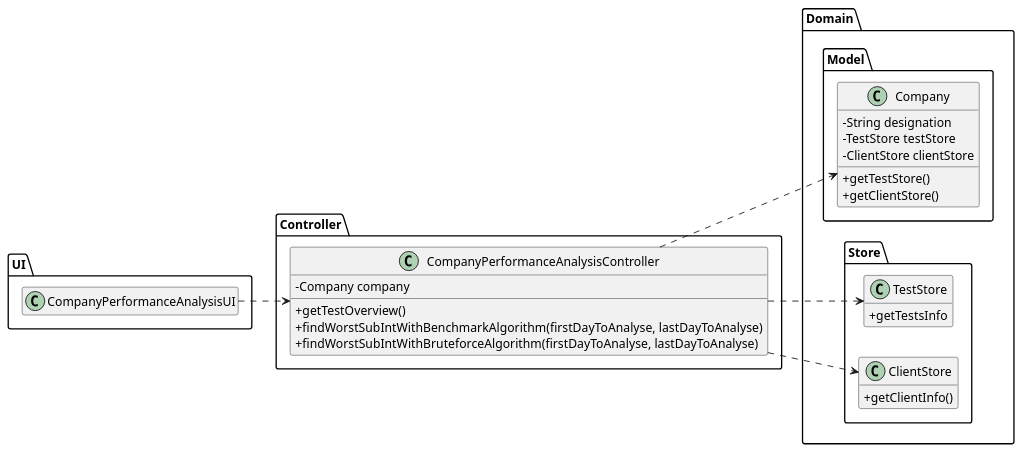
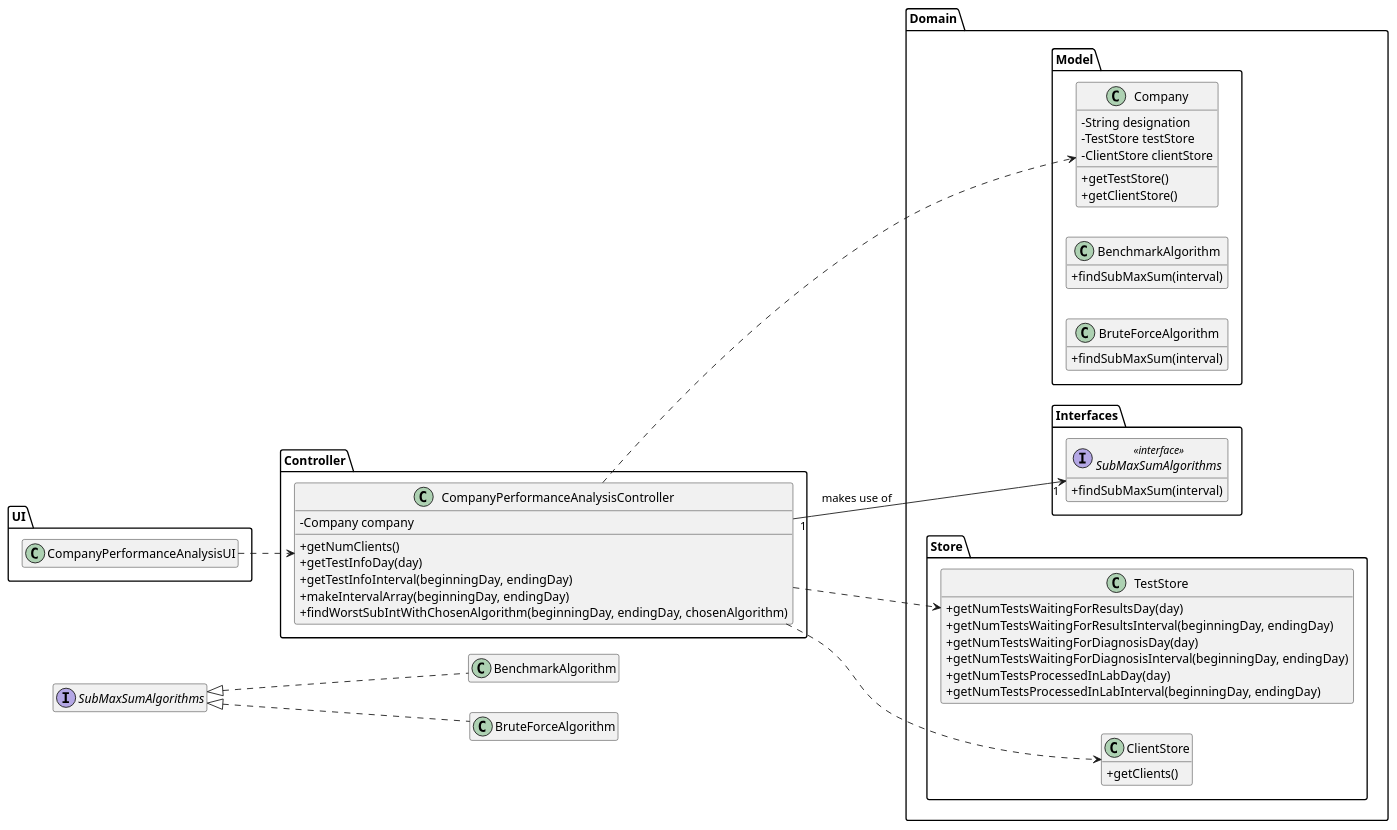
Before and after one commit to ana-albergaria/LAPR2-ISEP: the diagram in docs/SprintD/US_16/US16_CD_WithPackages.puml, drawn with PlantUML. The commit also changed 11 other files, not shown here.

Commit message:
Updated US16 Diagrams, Updated US16 Documentation and Continued US16 Code.

```diff
--- a/docs/SprintD/US_16/US16_CD_WithPackages.puml
+++ b/docs/SprintD/US_16/US16_CD_WithPackages.puml
@@ -1,58 +1,86 @@
 @startuml
+'skinparam linetype ortho
 hide empty methods
 hide empty attributes
 left to right direction
 skinparam classAttributeIconSize 0
 
 package Domain {
 
 package Model{
 
 class Company {
     -String designation
     -TestStore testStore
     -ClientStore clientStore
     +getTestStore()
     +getClientStore()
 }
 
+class BenchmarkAlgorithm{
+    +findSubMaxSum(interval)
+}
+
+class BruteForceAlgorithm{
+    +findSubMaxSum(interval)
+}
+
+}
+
+package Interfaces {
+
+interface SubMaxSumAlgorithms <<interface>> {
+    +findSubMaxSum(interval)
+}
+
 }
 
 package Store {
 
 class TestStore {
-+getTestsInfo
+    +getNumTestsWaitingForResultsDay(day)
+    +getNumTestsWaitingForResultsInterval(beginningDay, endingDay)
+    +getNumTestsWaitingForDiagnosisDay(day)
+    +getNumTestsWaitingForDiagnosisInterval(beginningDay, endingDay)
+    +getNumTestsProcessedInLabDay(day)
+    +getNumTestsProcessedInLabInterval(beginningDay, endingDay)
 }
 
 class ClientStore {
-+getClientInfo()
+    +getClients()
 }
 
 }
 
 }
 
 package Controller {
 
 class CompanyPerformanceAnalysisController{
     -Company company
-    +getTestOverview()
-    +findWorstSubIntWithBenchmarkAlgorithm(firstDayToAnalyse, lastDayToAnalyse)
-    +findWorstSubIntWithBruteforceAlgorithm(firstDayToAnalyse, lastDayToAnalyse)
+    +getNumClients()
+    +getTestInfoDay(day)
+    +getTestInfoInterval(beginningDay, endingDay)
+    +makeIntervalArray(beginningDay, endingDay)
+    +findWorstSubIntWithChosenAlgorithm(beginningDay, endingDay, chosenAlgorithm)
 }
 
 }
 
 package UI {
 
 class CompanyPerformanceAnalysisUI{
 }
 
 }
 
 CompanyPerformanceAnalysisUI ..> CompanyPerformanceAnalysisController
 CompanyPerformanceAnalysisController ..> Company
 CompanyPerformanceAnalysisController ..> ClientStore
 CompanyPerformanceAnalysisController ..> TestStore
+CompanyPerformanceAnalysisController "1" --> "1" SubMaxSumAlgorithms : makes use of
+
+class BenchmarkAlgorithm implements SubMaxSumAlgorithms
+class BruteForceAlgorithm implements SubMaxSumAlgorithms
 
 @enduml
```
